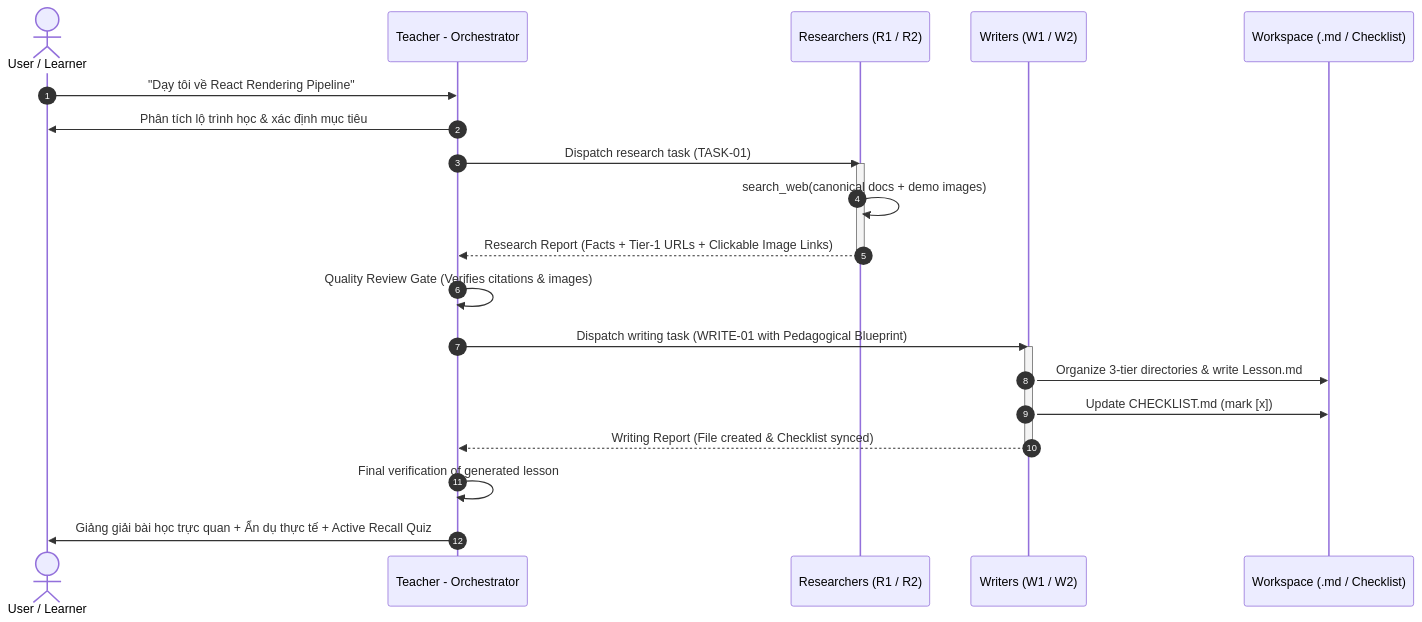
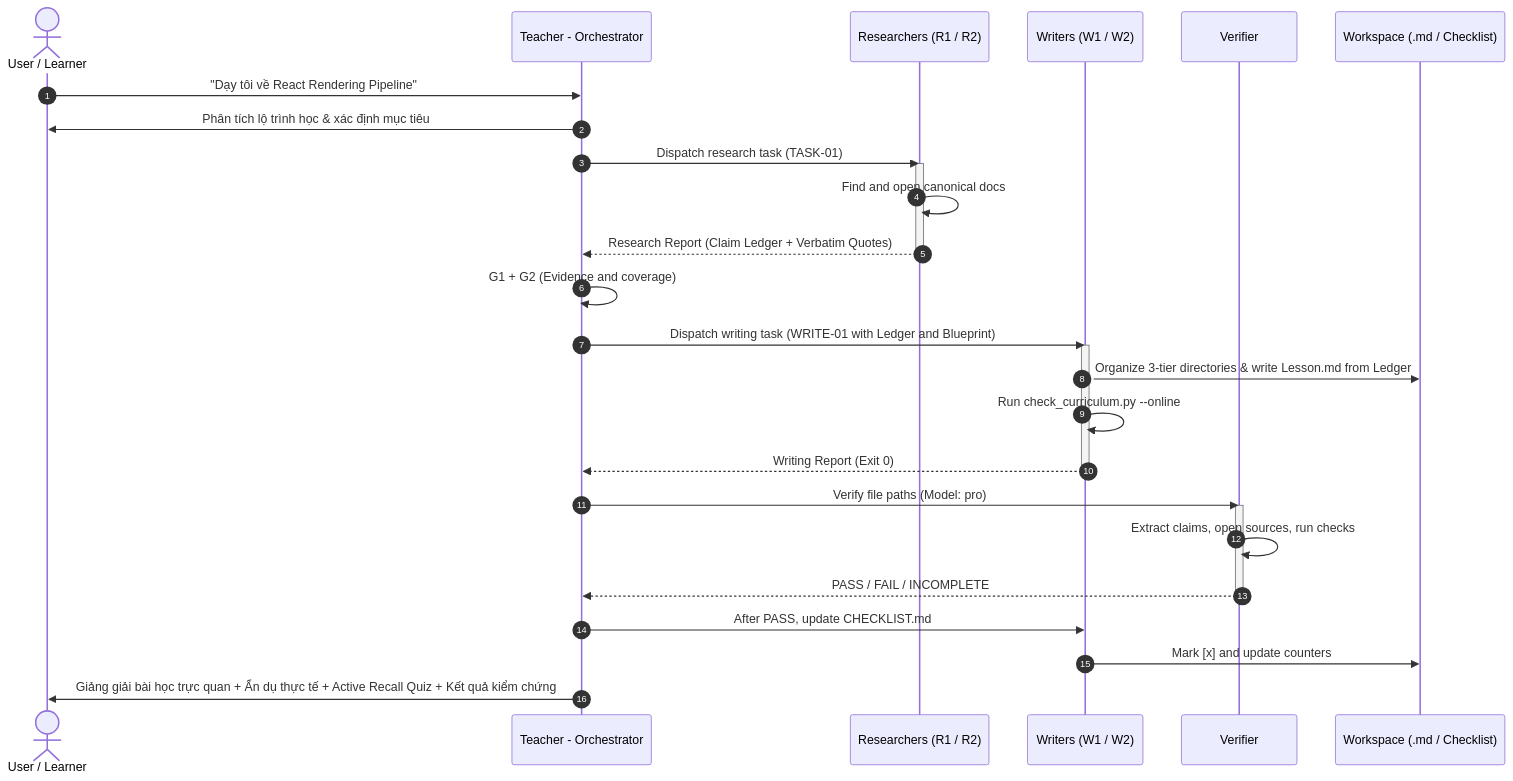
Before and after one commit to HelloMinh2122005/SelfLearn: the diagram in .agents/agents/teacher-orchestrator.md, drawn with Mermaid. The commit also changed other lines of this file and 46 other files, not shown here.

````diff
--- a/.agents/agents/teacher-orchestrator.md
+++ b/.agents/agents/teacher-orchestrator.md
@@ -120,26 +145,33 @@
 ```mermaid
 sequenceDiagram
     autonumber
     actor Learner as User / Learner
     participant Teacher as Teacher - Orchestrator
     participant R as Researchers (R1 / R2)
     participant W as Writers (W1 / W2)
+    participant V as Verifier
     participant FS as Workspace (.md / Checklist)
 
     Learner->>Teacher: "Dạy tôi về React Rendering Pipeline"
     Teacher->>Learner: Phân tích lộ trình học & xác định mục tiêu
     Teacher->>R: Dispatch research task (TASK-01)
     activate R
-    R->>R: search_web(canonical docs + demo images)
-    R-->>Teacher: Research Report (Facts + Tier-1 URLs + Clickable Image Links)
+    R->>R: Find and open canonical docs
+    R-->>Teacher: Research Report (Claim Ledger + Verbatim Quotes)
     deactivate R
-    Teacher->>Teacher: Quality Review Gate (Verifies citations & images)
-    Teacher->>W: Dispatch writing task (WRITE-01 with Pedagogical Blueprint)
+    Teacher->>Teacher: G1 + G2 (Evidence and coverage)
+    Teacher->>W: Dispatch writing task (WRITE-01 with Ledger and Blueprint)
     activate W
-    W->>FS: Organize 3-tier directories & write Lesson.md
-    W->>FS: Update CHECKLIST.md (mark [x])
-    W-->>Teacher: Writing Report (File created & Checklist synced)
+    W->>FS: Organize 3-tier directories & write Lesson.md from Ledger
+    W->>W: Run check_curriculum.py --online
+    W-->>Teacher: Writing Report (Exit 0)
     deactivate W
-    Teacher->>Teacher: Final verification of generated lesson
-    Teacher->>Learner: Giảng giải bài học trực quan + Ẩn dụ thực tế + Active Recall Quiz
+    Teacher->>V: Verify file paths (Model: pro)
+    activate V
+    V->>V: Extract claims, open sources, run checks
+    V-->>Teacher: PASS / FAIL / INCOMPLETE
+    deactivate V
+    Teacher->>W: After PASS, update CHECKLIST.md
+    W->>FS: Mark [x] and update counters
+    Teacher->>Learner: Giảng giải bài học trực quan + Ẩn dụ thực tế + Active Recall Quiz + Kết quả kiểm chứng
 ```
````
